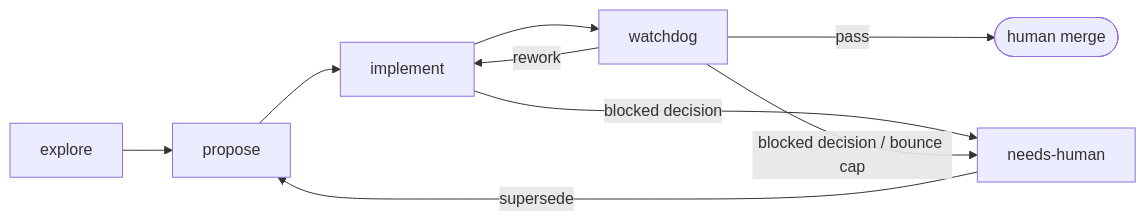
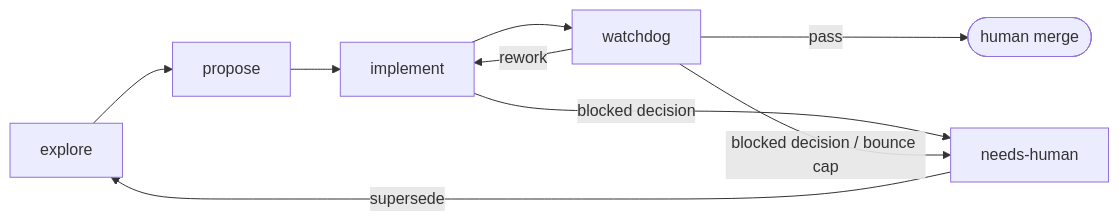
One commit to vicrdguez/skills changed the diagram in README.md. Above: the diagram before and after it, drawn with Mermaid. The commit also changed 4 other files, not shown here.

````diff
--- a/README.md
+++ b/README.md
@@ -22,9 +22,9 @@
 ```mermaid
 flowchart LR
     explore[explore] --> propose[propose] --> implement[implement] --> watchdog[watchdog]
     watchdog -->|pass| merge([human merge])
     watchdog -->|rework| implement
     implement -->|blocked decision| human[needs-human]
     watchdog -->|blocked decision / bounce cap| human
-    human -->|supersede| propose
+    human -->|supersede| explore
 ```
````
